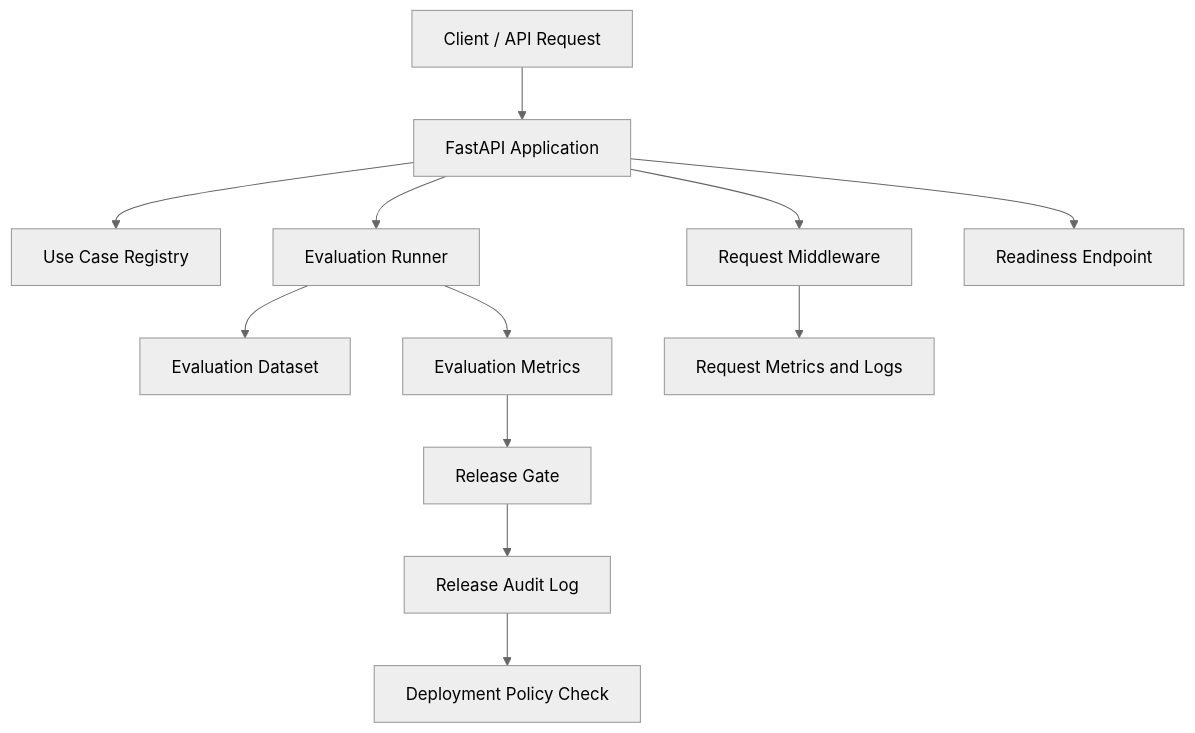
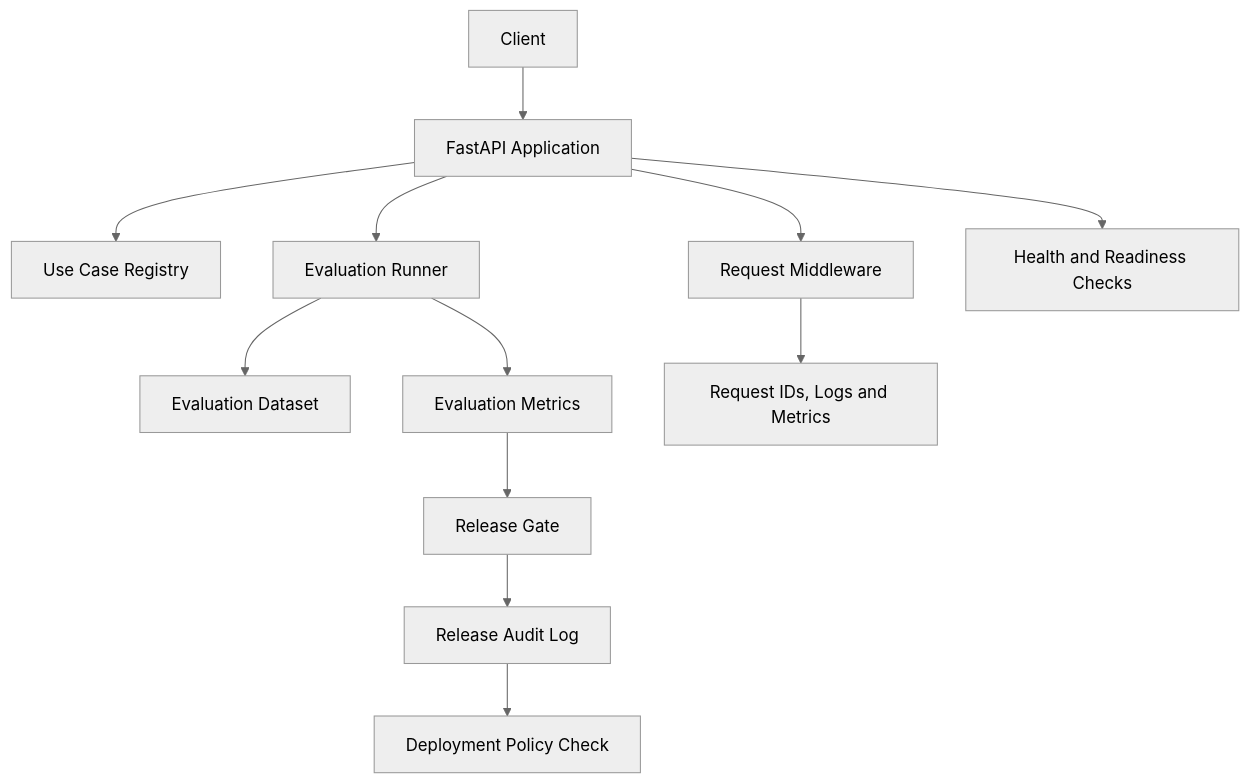
The diagram in README.md (HarshitaDixit2001/enterprise-ai-deployment-platform), drawn with Mermaid (neutral theme) before and after one commit. The commit also changed other lines of this file and 46 other files, not shown here.

````diff
--- a/README.md
+++ b/README.md
@@ -22,14 +23,14 @@
 ```mermaid
 flowchart TD
-    A[Client / API Request] --> B[FastAPI Application]
+    A[Client] --> B[FastAPI Application]
     B --> C[Use Case Registry]
     B --> D[Evaluation Runner]
     D --> E[Evaluation Dataset]
     D --> F[Evaluation Metrics]
     F --> G[Release Gate]
     G --> H[Release Audit Log]
     H --> I[Deployment Policy Check]
     B --> J[Request Middleware]
-    J --> K[Request Metrics and Logs]
-    B --> L[Readiness Endpoint]
+    J --> K[Request IDs, Logs and Metrics]
+    B --> L[Health and Readiness Checks]
 ```
````
